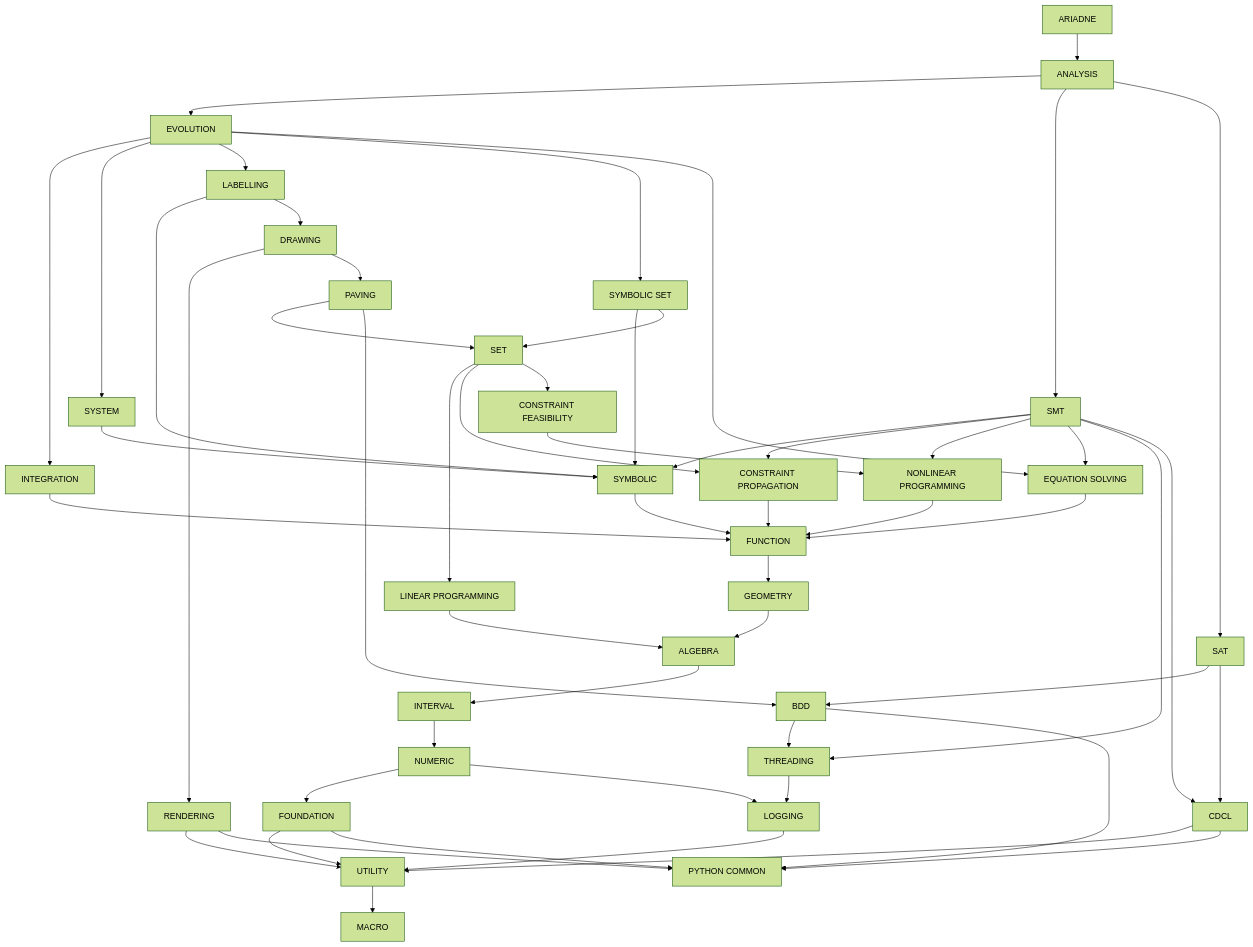
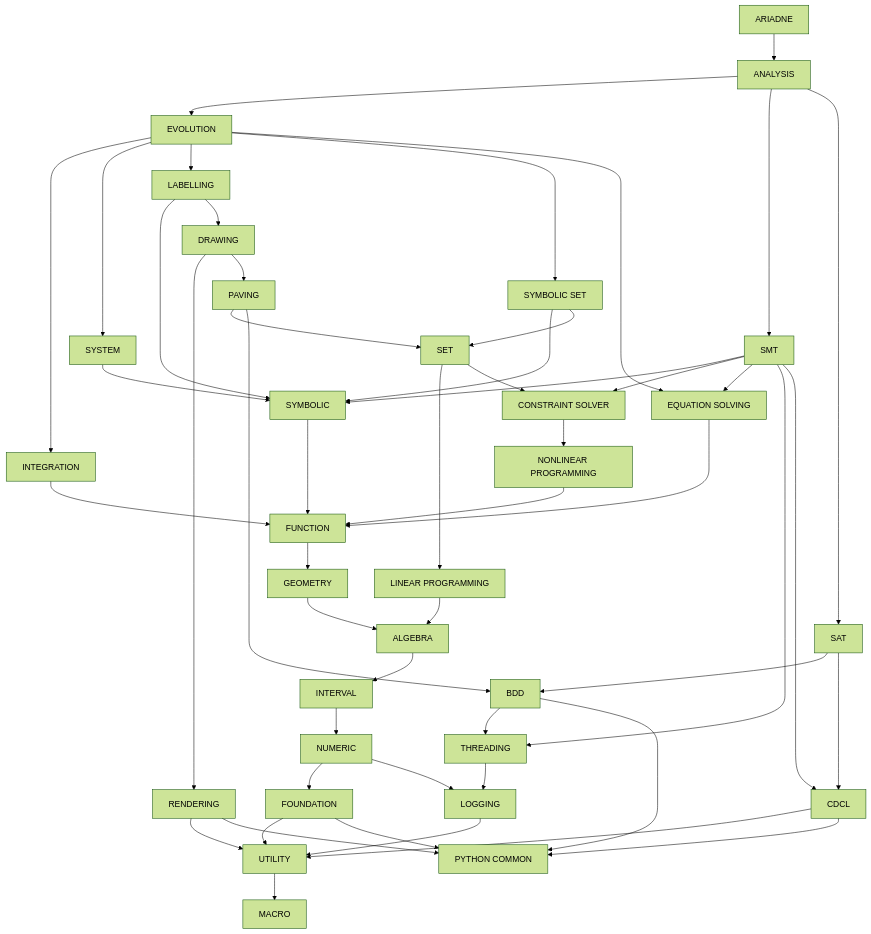
Before and after one commit to ariadne-cps/ariadne: the diagram in doc/decoupling/structure.md, drawn with Mermaid (forest theme). The commit also changed other lines of this file, not shown here.

Commit message:
docs(decoupling): consolidate constraint modules and recalculate commit checks

```diff
--- a/doc/decoupling/structure.md
+++ b/doc/decoupling/structure.md
@@ -17,8 +17,7 @@
     smt["SMT"]
     sat["SAT"]
     symbolic["SYMBOLIC"]
-    constraint_propagation["CONSTRAINT PROPAGATION"]
-    constraint_feasibility["CONSTRAINT FEASIBILITY"]
+    constraint_solver["CONSTRAINT SOLVER"]
     equation_solving["EQUATION SOLVING"]
     nonlinear_programming["NONLINEAR PROGRAMMING"]
     linear_programming["LINEAR PROGRAMMING"]
@@ -57,19 +56,16 @@
     paving --> set
     paving --> bdd
     set --> linear_programming
-    set --> constraint_propagation
-    set --> constraint_feasibility
+    set --> constraint_solver
     smt --> symbolic
-    smt --> constraint_propagation
-    smt --> nonlinear_programming
+    smt --> constraint_solver
     smt --> equation_solving
     smt --> threading
     smt --> cdcl
     sat --> bdd
     sat --> cdcl
     symbolic --> function
-    constraint_propagation --> function
-    constraint_feasibility --> nonlinear_programming
+    constraint_solver --> nonlinear_programming
     equation_solving --> function
     nonlinear_programming --> function
     linear_programming --> algebra
```
